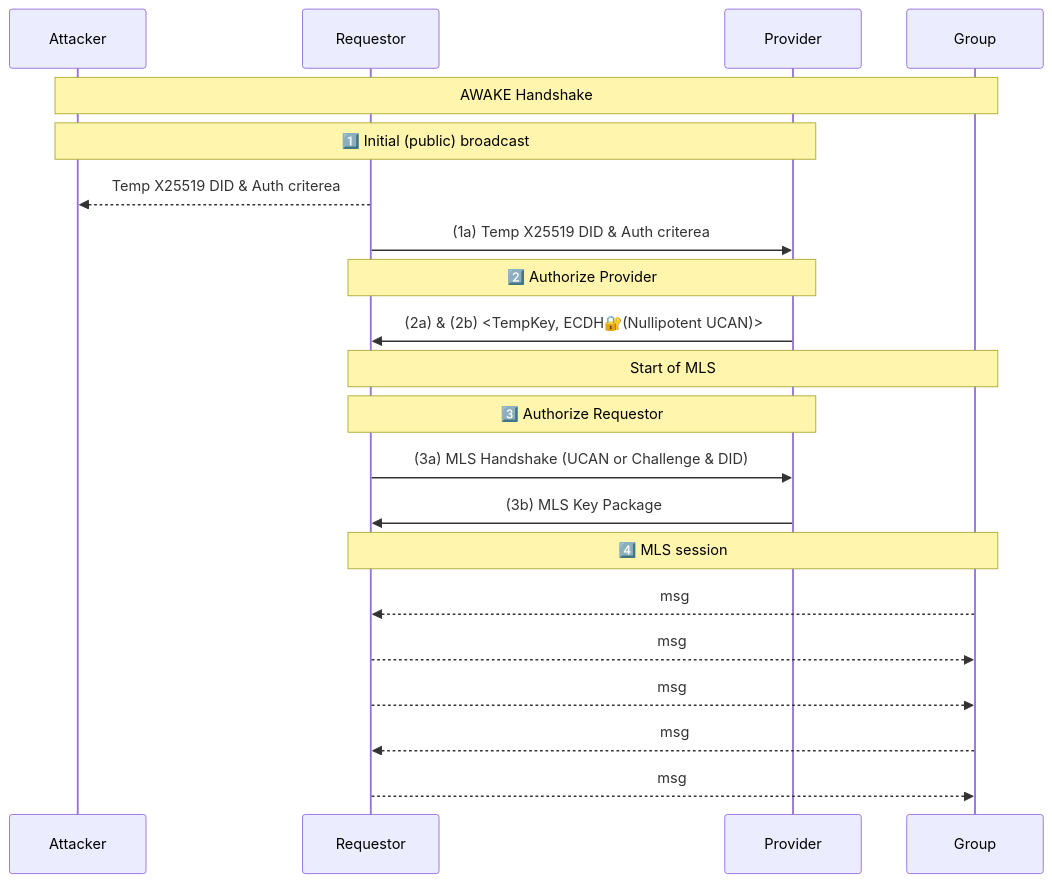
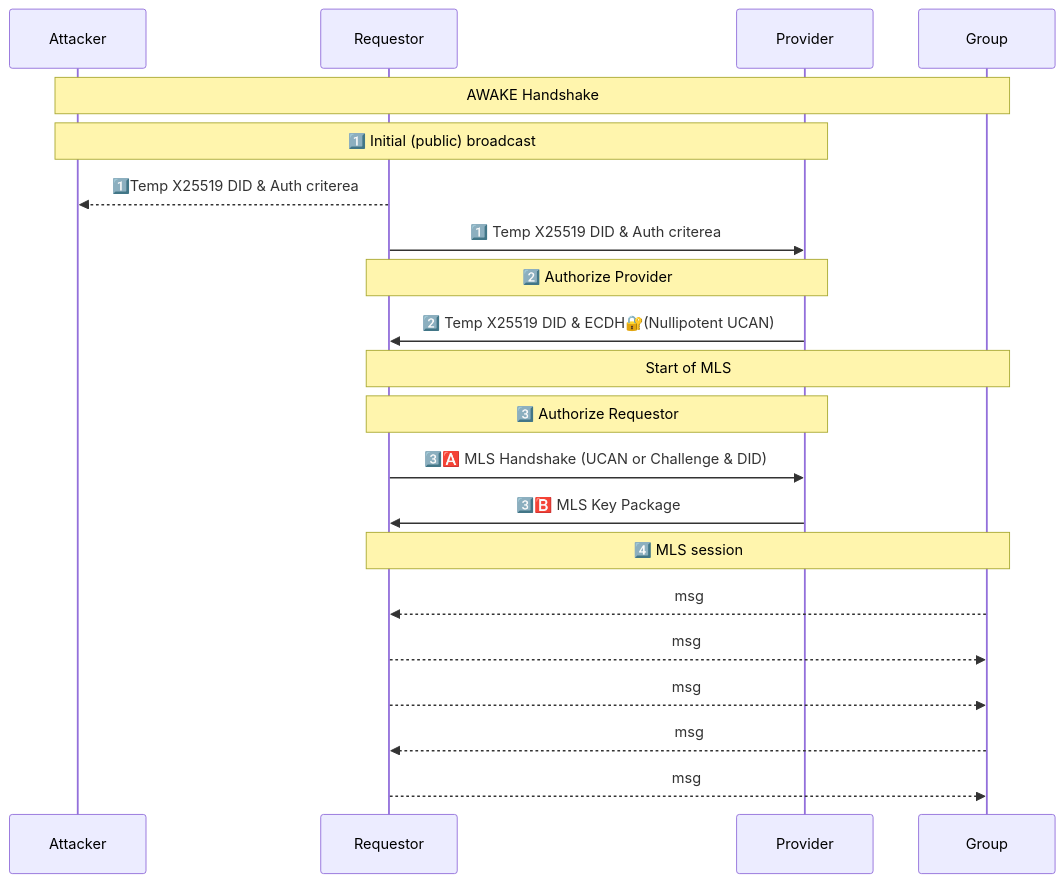
The second of 7 diagrams in README.md (ucan-wg/awake), drawn with Mermaid before and after one commit.

````diff
--- a/README.md
+++ b/README.md
@@ -138,28 +138,27 @@
 ``` mermaid
 sequenceDiagram
     participant Attacker
     participant Requestor
     participant Provider
     participant Group
 
     Note over Attacker, Group : AWAKE Handshake
     Note over Attacker, Provider : 1️⃣ Initial (public) broadcast
-
-        Requestor -->> Attacker: Temp X25519 DID & Auth criterea
-        Requestor ->> Provider: (1a) Temp X25519 DID & Auth criterea
+        Requestor -->> Attacker:  1️⃣Temp X25519 DID & Auth criterea
+        Requestor ->> Provider:  1️⃣ Temp X25519 DID & Auth criterea
 
     Note over Requestor, Provider: 2️⃣ Authorize Provider
-        Provider ->> Requestor: (2a) & (2b) <TempKey, ECDH🔐(Nullipotent UCAN)>
+        Provider ->> Requestor: 2️⃣ Temp X25519 DID & ECDH🔐(Nullipotent UCAN)
 
     Note over Requestor, Group: Start of MLS
     Note over Requestor, Provider: 3️⃣ Authorize Requestor
-        Requestor ->> Provider: (3a) MLS Handshake (UCAN or Challenge & DID)
-        Provider  ->> Requestor: (3b) MLS Key Package
+        Requestor ->> Provider:  3️⃣🅰️ MLS Handshake (UCAN or Challenge & DID)
+        Provider  ->> Requestor:  3️⃣🅱️ MLS Key Package
 
     Note over Requestor, Group: 4️⃣ MLS session
         Group -->> Requestor: msg
         Requestor -->> Group: msg
         Requestor -->> Group: msg
         Group -->> Requestor: msg
         Requestor -->> Group: msg
 ```
````
